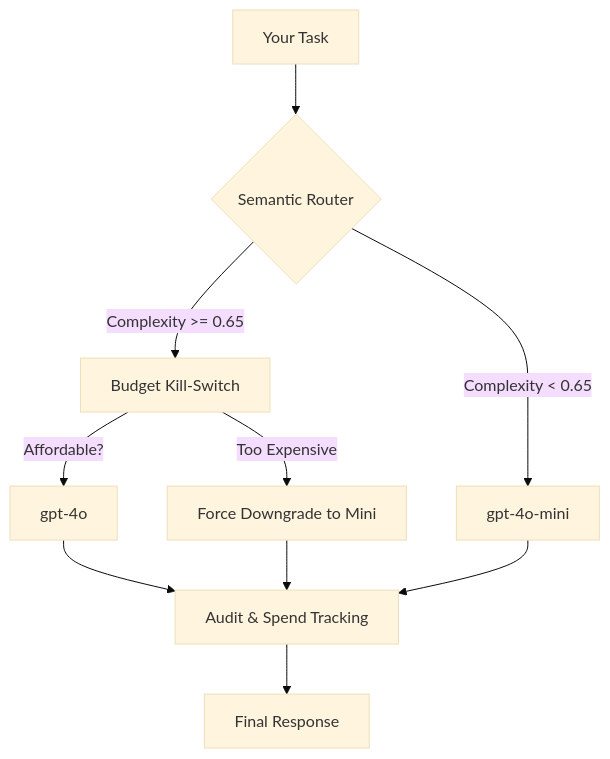
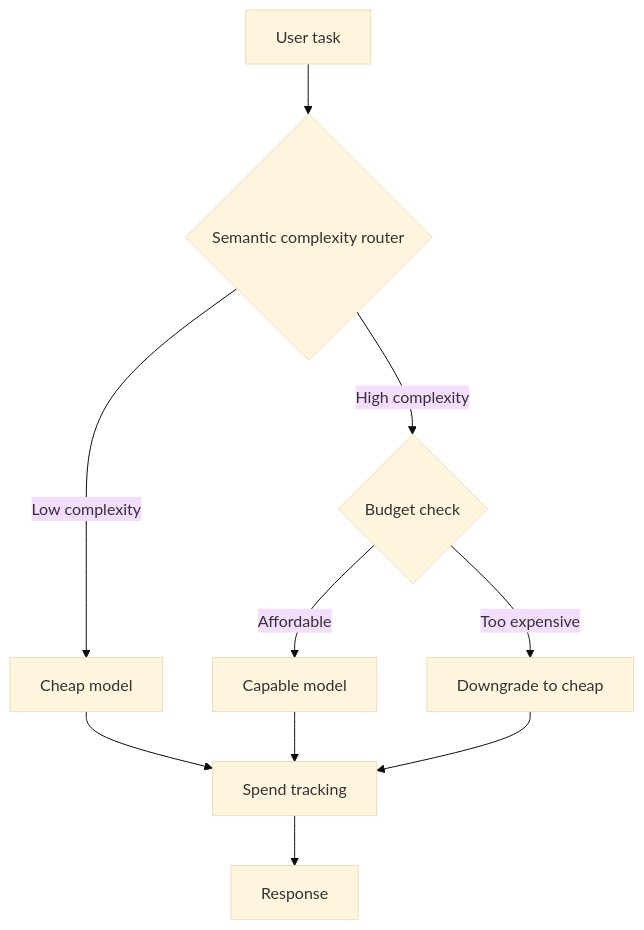
Before and after one commit to orvi2014/Baar-Core: the diagram in README.md, drawn with Mermaid (base theme). The commit also changed other lines of this file and 11 other files, not shown here.

````diff
--- a/README.md
+++ b/README.md
@@ -27,15 +42,12 @@
 ```mermaid
 graph TD
-    A[Your Task] --> B{Semantic Router}
-    B -- Complexity < 0.65 --> C[gpt-4o-mini]
-    B -- Complexity >= 0.65 --> D[Budget Kill-Switch]
-    
-    D -- "Affordable?" --> E[gpt-4o]
-    D -- "Too Expensive" --> F[Force Downgrade to Mini]
-    
-    E --> G[Audit & Spend Tracking]
+    A[User task] --> B{Semantic complexity router}
+    B -- Low complexity --> C[Cheap model]
+    B -- High complexity --> D{Budget check}
+    D -- Affordable --> E[Capable model]
+    D -- Too expensive --> F[Downgrade to cheap]
+    C --> G[Spend tracking]
+    E --> G
     F --> G
-    C --> G
-    
-    G --> H[Final Response]
+    G --> H[Response]
 ```
````
